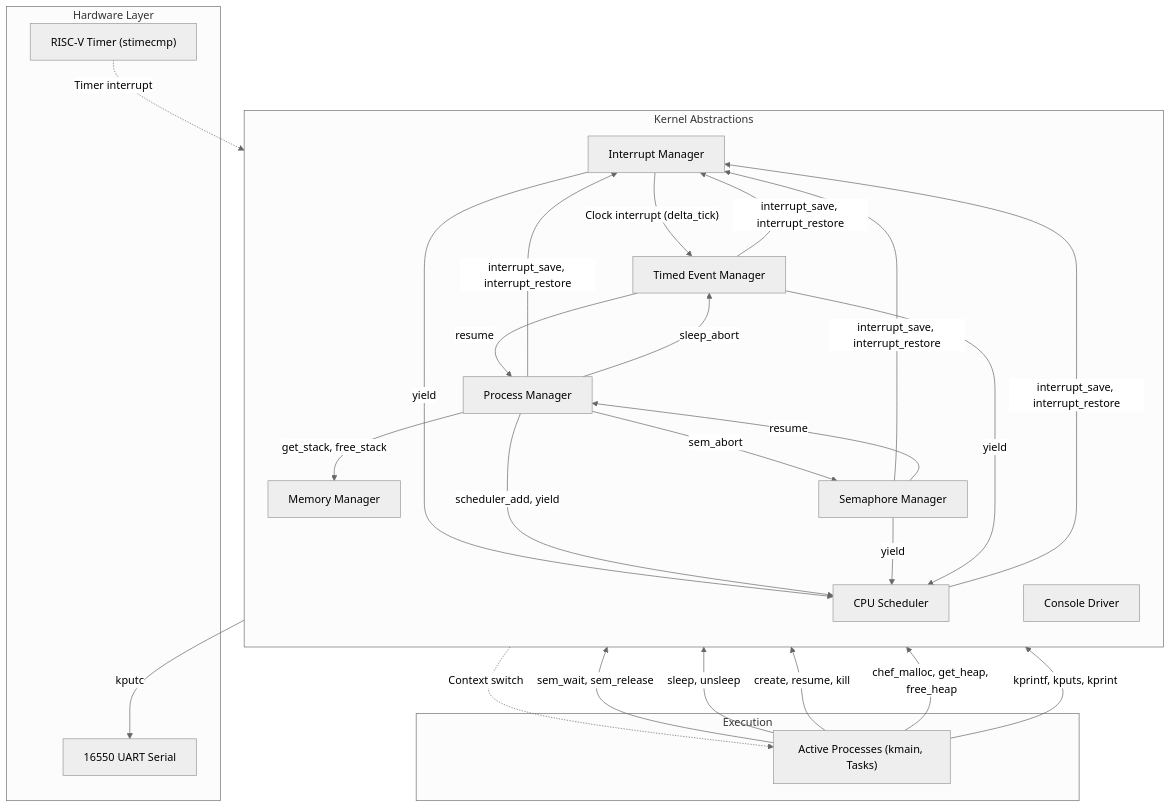
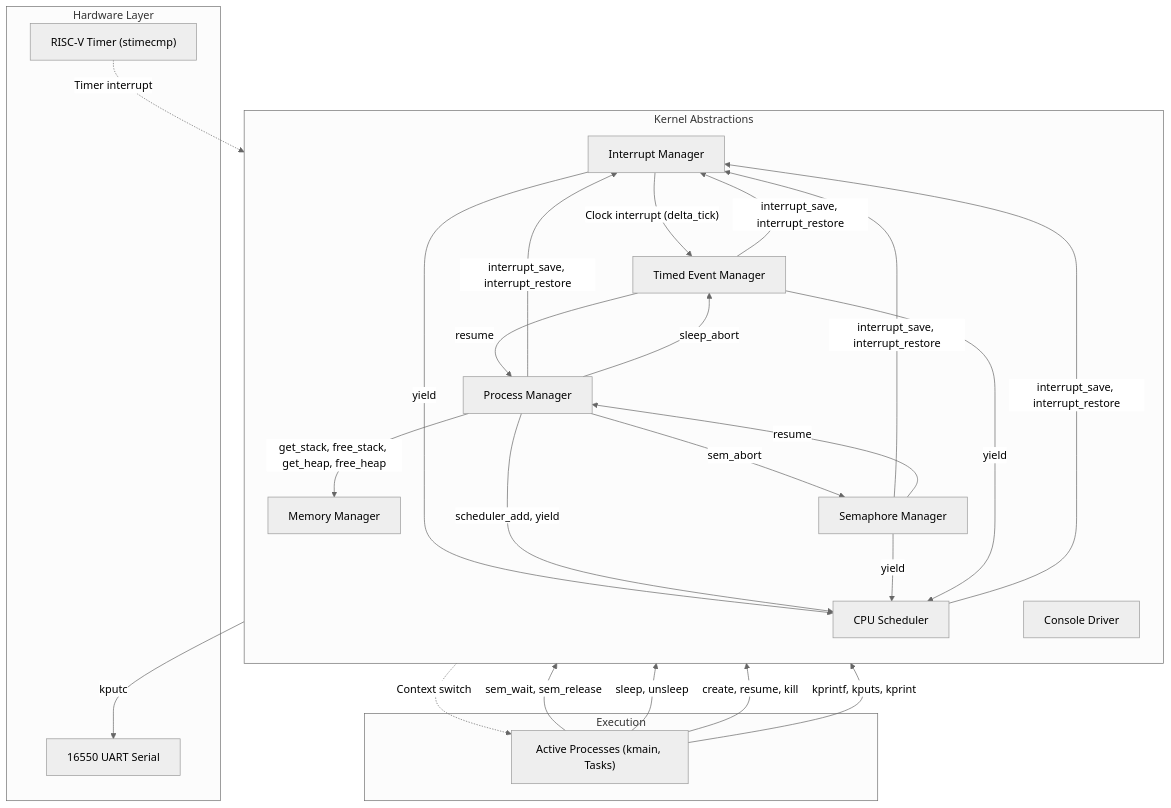
Before and after one commit to AtesIsf/Rio: the diagram in README.md, drawn with Mermaid (neutral theme). The commit also changed other lines of this file, not shown here.

````diff
--- a/README.md
+++ b/README.md
@@ -167,56 +166,55 @@
 ```mermaid
 flowchart TD
     subgraph Hardware ["Hardware Layer"]
         HW_TIMER["RISC-V Timer (stimecmp)"]
         HW_UART["16550 UART Serial"]
     end
 
     subgraph Core ["Kernel Abstractions"]
         direction TB
         MEM["Memory Manager"]
         PROC["Process Manager"]
         INT["Interrupt Manager"]
         SCHED["CPU Scheduler"]
         SEM["Semaphore Manager"]
         TIMED["Timed Event Manager"]
         CONSOLE["Console Driver"]
     end
 
     subgraph Exec ["Execution"]
         TASKS["Active Processes (kmain, Tasks)"]
     end
 
     %% Preemption & Scheduling
     HW_TIMER -.->|"Timer interrupt"| INT
     INT -->|"yield"| SCHED
     SCHED -.->|"Context switch"| TASKS
 
     %% Concurrency & Critical Sections
     SCHED -->|"interrupt_save, interrupt_restore"| INT
     PROC -->|"interrupt_save, interrupt_restore"| INT
     SEM -->|"interrupt_save, interrupt_restore"| INT
     TIMED -->|"interrupt_save, interrupt_restore"| INT
 
     %% Process & Memory Interactions
-    PROC -->|"get_stack, free_stack"| MEM
+    PROC -->|"get_stack, free_stack, get_heap, free_heap"| MEM
     PROC -->|"scheduler_add, yield"| SCHED
 
     %% Synchronization (Semaphores)
     TASKS -->|"sem_wait, sem_release"| SEM
     SEM -->|"resume"| PROC
     SEM -->|"yield"| SCHED
     PROC -->|"sem_abort"| SEM
 
     %% Timed Events & Sleep
     TASKS -->|"sleep, unsleep"| TIMED
     INT -->|"Clock interrupt (delta_tick)"| TIMED
     TIMED -->|"resume"| PROC
     TIMED -->|"yield"| SCHED
     PROC -->|"sleep_abort"| TIMED
 
     %% Task Execution & I/O
     TASKS -->|"create, resume, kill"| PROC
-    TASKS -->|"chef_malloc, get_heap, free_heap"| MEM
     TASKS -->|"kprintf, kputs, kprint"| CONSOLE
     CONSOLE -->|"kputc"| HW_UART
 ```
````
